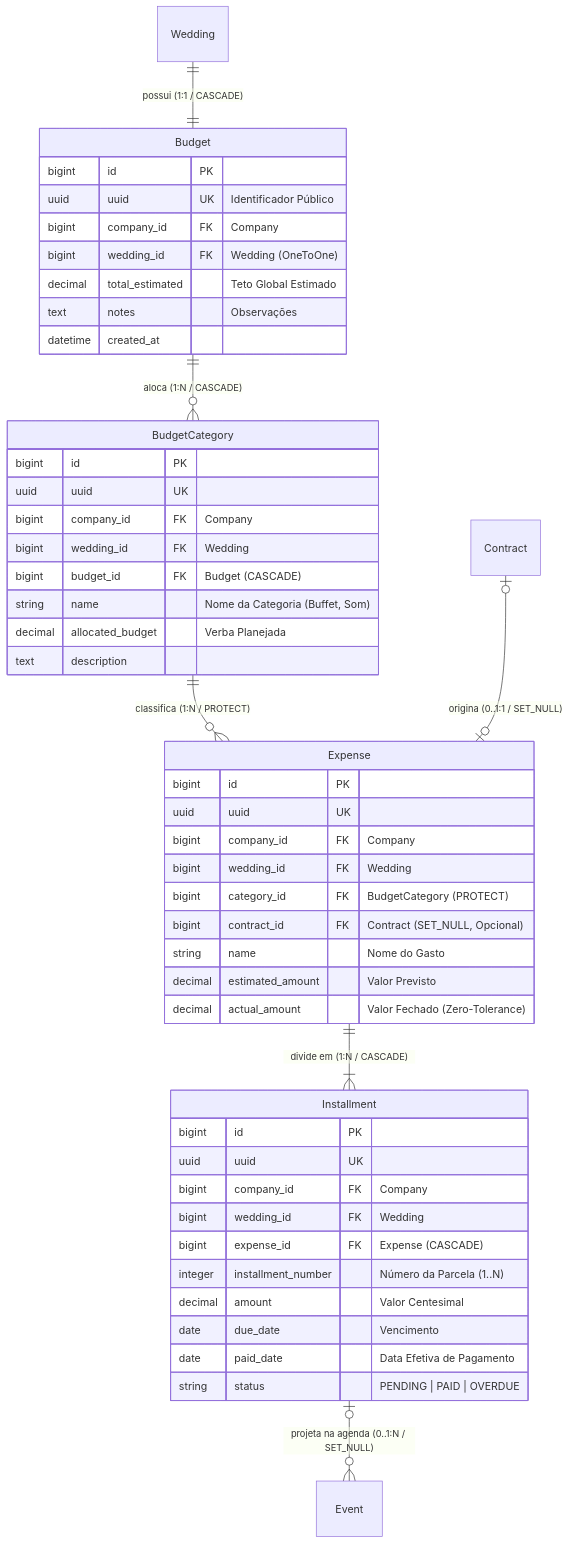
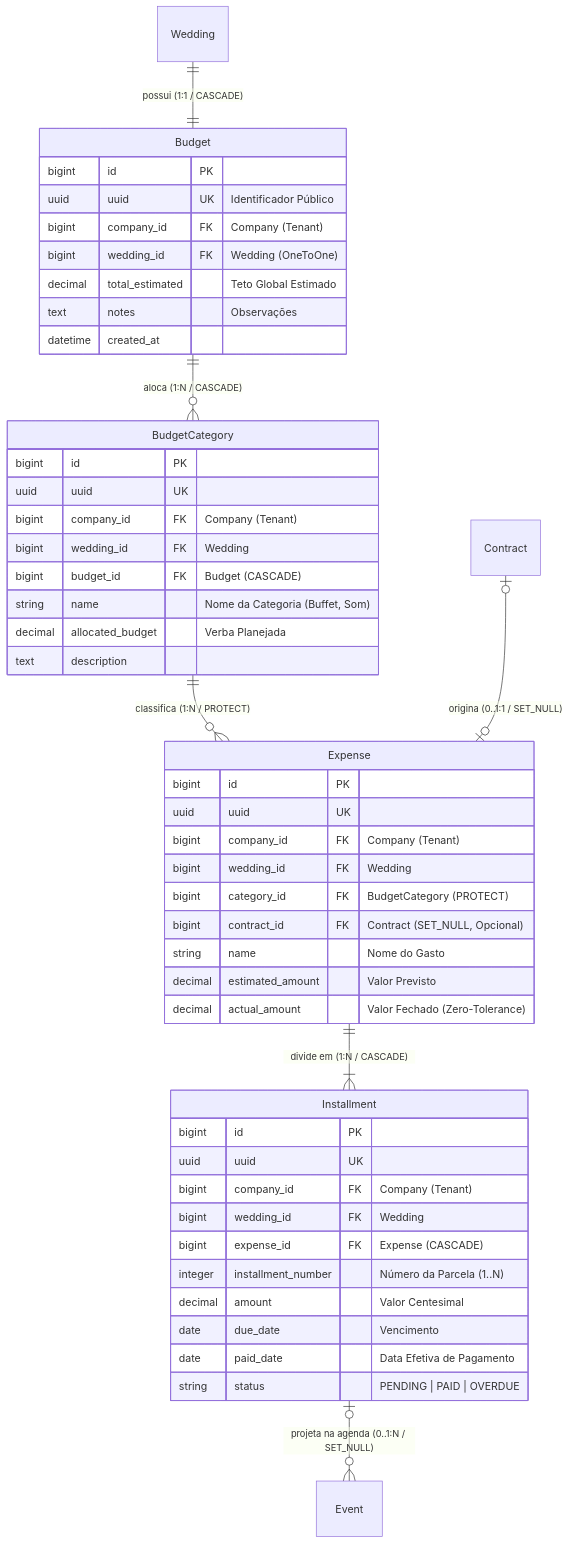
The second of 2 diagrams in docs/architecture/domains/finances-domain.md (Rafaelp122/wedding_management), drawn with Mermaid before and after one commit. The commit also changed other lines of this file and 107 other files, not shown here.

````diff
--- a/docs/architecture/domains/finances-domain.md
+++ b/docs/architecture/domains/finances-domain.md
@@ -23,55 +48,55 @@
 ```mermaid
 erDiagram
     Wedding ||--|| Budget : "possui (1:1 / CASCADE)"
     Budget ||--o{ BudgetCategory : "aloca (1:N / CASCADE)"
     BudgetCategory ||--o{ Expense : "classifica (1:N / PROTECT)"
     Contract |o--o| Expense : "origina (0..1:1 / SET_NULL)"
     Expense ||--|{ Installment : "divide em (1:N / CASCADE)"
     Installment |o--o{ Event : "projeta na agenda (0..1:N / SET_NULL)"
 
     Budget {
         bigint id PK
         uuid uuid UK "Identificador Público"
-        bigint company_id FK "Company"
+        bigint company_id FK "Company (Tenant)"
         bigint wedding_id FK "Wedding (OneToOne)"
         decimal total_estimated "Teto Global Estimado"
         text notes "Observações"
         datetime created_at
     }
 
     BudgetCategory {
         bigint id PK
         uuid uuid UK
-        bigint company_id FK "Company"
+        bigint company_id FK "Company (Tenant)"
         bigint wedding_id FK "Wedding"
         bigint budget_id FK "Budget (CASCADE)"
         string name "Nome da Categoria (Buffet, Som)"
         decimal allocated_budget "Verba Planejada"
         text description
     }
 
     Expense {
         bigint id PK
         uuid uuid UK
-        bigint company_id FK "Company"
+        bigint company_id FK "Company (Tenant)"
         bigint wedding_id FK "Wedding"
         bigint category_id FK "BudgetCategory (PROTECT)"
         bigint contract_id FK "Contract (SET_NULL, Opcional)"
         string name "Nome do Gasto"
         decimal estimated_amount "Valor Previsto"
         decimal actual_amount "Valor Fechado (Zero-Tolerance)"
     }
 
     Installment {
         bigint id PK
         uuid uuid UK
-        bigint company_id FK "Company"
+        bigint company_id FK "Company (Tenant)"
         bigint wedding_id FK "Wedding"
         bigint expense_id FK "Expense (CASCADE)"
         integer installment_number "Número da Parcela (1..N)"
         decimal amount "Valor Centesimal"
         date due_date "Vencimento"
         date paid_date "Data Efetiva de Pagamento"
         string status "PENDING | PAID | OVERDUE"
     }
 ```
````
